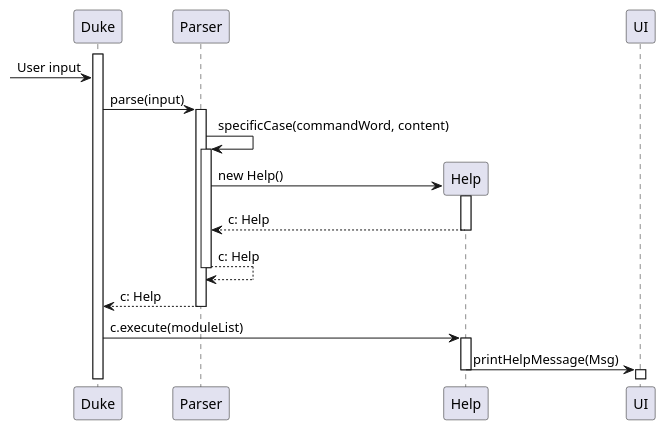
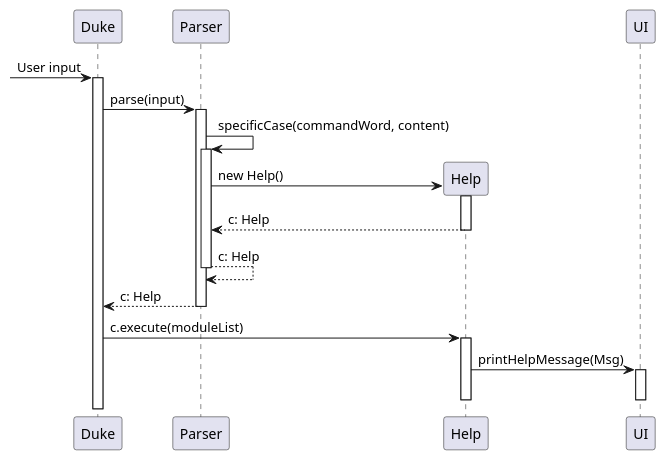
The diagram in docs/diagrams/HelpUML.puml (nus-cs2113-AY2223S1/tp), drawn with PlantUML before and after one commit. The commit also changed other lines of this file and 21 other files, not shown here.

Commit message:
Updates to all sequence diagrams of DG

```diff
--- a/docs/diagrams/HelpUML.puml
+++ b/docs/diagrams/HelpUML.puml
@@ -4,22 +4,22 @@
 @startuml
+[-> Duke: User input
 activate Duke
-[-> Duke: User input
 Duke -> Parser: parse(input)
 activate Parser
 Parser -> Parser: specificCase(commandWord, content)
 activate Parser
 create Help
 Parser -> Help: new Help()
 activate Help
 return c: Help
 return c: Help
 return c: Help
 deactivate Parser
 Duke -> Help: c.execute(moduleList)
 activate Help
 Help -> UI: printHelpMessage(Msg)
-deactivate Help
 activate UI
 deactivate UI
+deactivate Help
 
 @enduml
```
